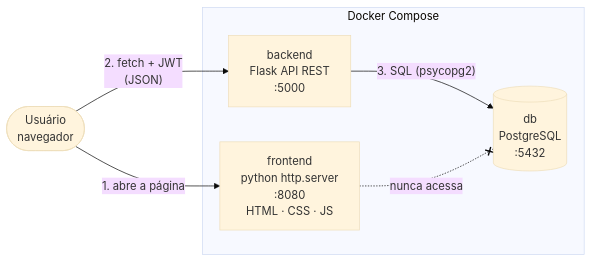
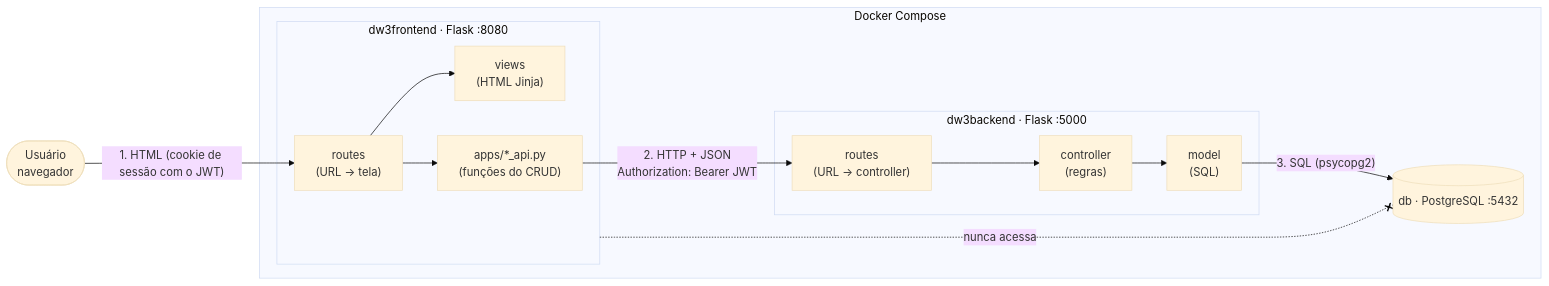
The first of 5 diagrams in docs/ARQUITETURA.md (Ujs74wiop6/coop-financeiro), drawn with Mermaid (base theme) before and after one commit. The commit also changed other lines of this file and 2 other files, not shown here.

````diff
--- a/docs/ARQUITETURA.md
+++ b/docs/ARQUITETURA.md
@@ -7,15 +7,26 @@
 ```mermaid
 flowchart LR
     U([Usuário<br/>navegador])
 
     subgraph Docker["Docker Compose"]
-        F["frontend<br/>python http.server<br/>:8080<br/>HTML · CSS · JS"]
-        B["backend<br/>Flask API REST<br/>:5000"]
-        D[("db<br/>PostgreSQL<br/>:5432")]
+        subgraph F["dw3frontend · Flask :8080"]
+            FR["routes<br/>(URL → tela)"]
+            FV["views<br/>(HTML Jinja)"]
+            FA["apps/*_api.py<br/>(funções do CRUD)"]
+            FR --> FA
+            FR --> FV
+        end
+        subgraph B["dw3backend · Flask :5000"]
+            BR["routes<br/>(URL → controller)"]
+            BC["controller<br/>(regras)"]
+            BM["model<br/>(SQL)"]
+            BR --> BC --> BM
+        end
+        D[("db · PostgreSQL :5432")]
     end
 
-    U -- "1. abre a página" --> F
-    U -- "2. fetch + JWT<br/>(JSON)" --> B
-    B -- "3. SQL (psycopg2)" --> D
+    U -- "1. HTML (cookie de sessão com o JWT)" --> FR
+    FA -- "2. HTTP + JSON<br/>Authorization: Bearer JWT" --> BR
+    BM -- "3. SQL (psycopg2)" --> D
     F -. "nunca acessa" .-x D
 ```
````
